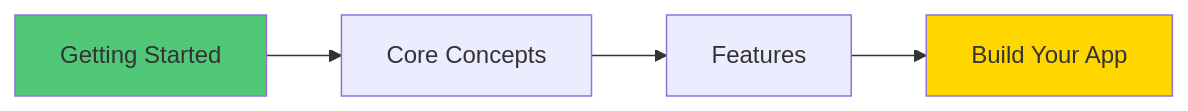
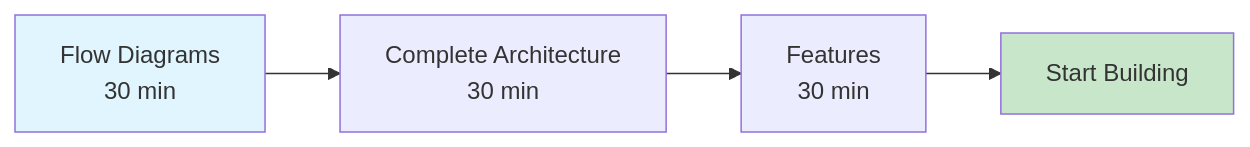
Before and after one commit to Manoj-tawk/tawk-agents-sdk: the first of 4 diagrams in docs/STRUCTURE.md, drawn with Mermaid. The commit also changed other lines of this file and 32 other files, not shown here.

````diff
--- a/docs/STRUCTURE.md
+++ b/docs/STRUCTURE.md
@@ -135,9 +95,9 @@
 ```mermaid
-graph LR
-    A[Getting Started] --> B[Core Concepts]
-    B --> C[Features]
-    C --> D[Build Your App]
+flowchart LR
+    A[Flow Diagrams<br/>30 min] --> B[Complete Architecture<br/>30 min]
+    B --> C[Features<br/>30 min]
+    C --> D[Start Building]
     
-    style A fill:#50c878
-    style D fill:#ffd700
+    style A fill:#e1f5ff
+    style D fill:#c8e6c9
 ```
````
